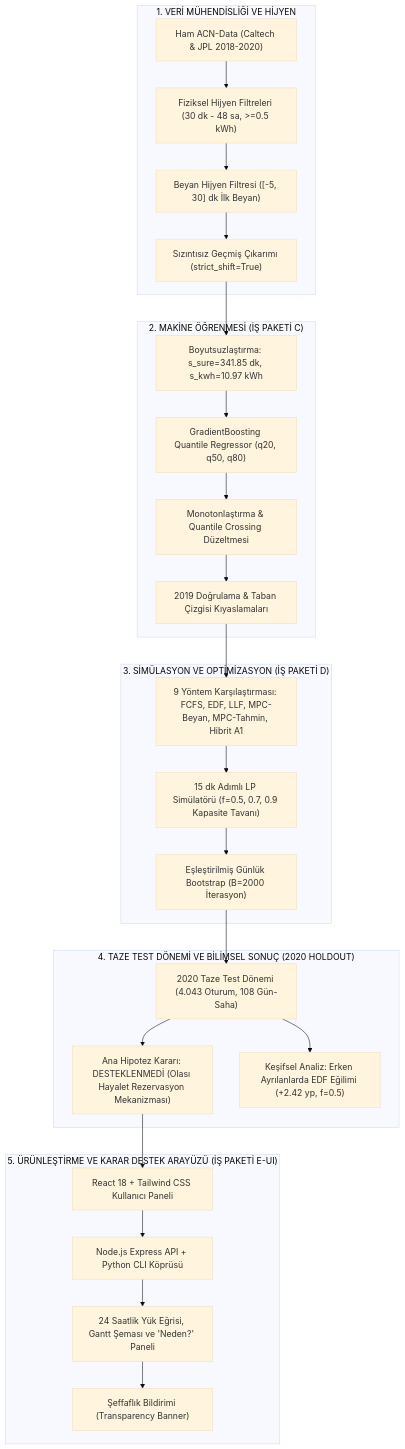
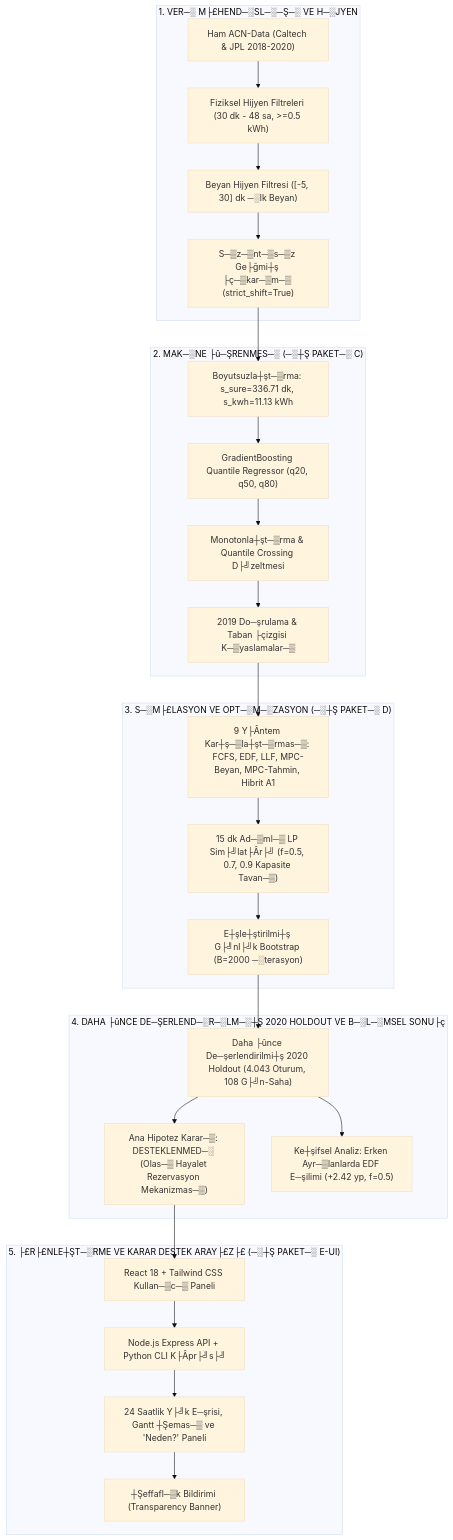
Before and after one commit to busrademirrr/sarjdenge-ai: the diagram in docs/PROJE_GENEL_FAALIYET_VE_SONUC_RAPORU.md, drawn with Mermaid (base theme). The commit also changed other lines of this file and 45 other files, not shown here.

````diff
--- a/docs/PROJE_GENEL_FAALIYET_VE_SONUC_RAPORU.md
+++ b/docs/PROJE_GENEL_FAALIYET_VE_SONUC_RAPORU.md
@@ -17,34 +21,34 @@
 ```mermaid
 flowchart TD
-    subgraph S1["1. VERİ MÜHENDİSLİĞİ VE HİJYEN"]
+    subgraph S1["1. VER─░ M├£HEND─░SL─░─Ş─░ VE H─░JYEN"]
         D1["Ham ACN-Data (Caltech & JPL 2018-2020)"] --> D2["Fiziksel Hijyen Filtreleri (30 dk - 48 sa, >=0.5 kWh)"]
-        D2 --> D3["Beyan Hijyen Filtresi ([-5, 30] dk İlk Beyan)"]
-        D3 --> D4["Sızıntısız Geçmiş Çıkarımı (strict_shift=True)"]
+        D2 --> D3["Beyan Hijyen Filtresi ([-5, 30] dk ─░lk Beyan)"]
+        D3 --> D4["S─▒z─▒nt─▒s─▒z Ge├ğmi┼ş ├ç─▒kar─▒m─▒ (strict_shift=True)"]
     end
 
-    subgraph S2["2. MAKİNE ÖĞRENMESİ (İŞ PAKETİ C)"]
-        D4 --> M1["Boyutsuzlaştırma: s_sure=341.85 dk, s_kwh=10.97 kWh"]
+    subgraph S2["2. MAK─░NE ├û─ŞRENMES─░ (─░┼Ş PAKET─░ C)"]
+        D4 --> M1["Boyutsuzla┼şt─▒rma: s_sure=336.71 dk, s_kwh=11.13 kWh"]
         M1 --> M2["GradientBoosting Quantile Regressor (q20, q50, q80)"]
-        M2 --> M3["Monotonlaştırma & Quantile Crossing Düzeltmesi"]
-        M3 --> M4["2019 Doğrulama & Taban Çizgisi Kıyaslamaları"]
+        M2 --> M3["Monotonla┼şt─▒rma & Quantile Crossing D├╝zeltmesi"]
+        M3 --> M4["2019 Do─şrulama & Taban ├çizgisi K─▒yaslamalar─▒"]
     end
 
-    subgraph S3["3. SİMÜLASYON VE OPTİMİZASYON (İŞ PAKETİ D)"]
-        M4 --> OP["9 Yöntem Karşılaştırması: FCFS, EDF, LLF, MPC-Beyan, MPC-Tahmin, Hibrit A1"]
-        OP --> SIM["15 dk Adımlı LP Simülatörü (f=0.5, 0.7, 0.9 Kapasite Tavanı)"]
-        SIM --> BT["Eşleştirilmiş Günlük Bootstrap (B=2000 İterasyon)"]
+    subgraph S3["3. S─░M├£LASYON VE OPT─░M─░ZASYON (─░┼Ş PAKET─░ D)"]
+        M4 --> OP["9 Y├Ântem Kar┼ş─▒la┼şt─▒rmas─▒: FCFS, EDF, LLF, MPC-Beyan, MPC-Tahmin, Hibrit A1"]
+        OP --> SIM["15 dk Ad─▒ml─▒ LP Sim├╝lat├Âr├╝ (f=0.5, 0.7, 0.9 Kapasite Tavan─▒)"]
+        SIM --> BT["E┼şle┼ştirilmi┼ş G├╝nl├╝k Bootstrap (B=2000 ─░terasyon)"]
     end
 
-    subgraph S4["4. TAZE TEST DÖNEMİ VE BİLİMSEL SONUÇ (2020 HOLDOUT)"]
-        BT --> HO["2020 Taze Test Dönemi (4.043 Oturum, 108 Gün-Saha)"]
-        HO --> RS["Ana Hipotez Kararı: DESTEKLENMEDİ (Olası Hayalet Rezervasyon Mekanizması)"]
-        HO --> SEC["Keşifsel Analiz: Erken Ayrılanlarda EDF Eğilimi (+2.42 yp, f=0.5)"]
+    subgraph S4["4. DAHA ├ûNCE DE─ŞERLEND─░R─░LM─░┼Ş 2020 HOLDOUT VE B─░L─░MSEL SONU├ç"]
+        BT --> HO["Daha ├ûnce De─şerlendirilmi┼ş 2020 Holdout (4.043 Oturum, 108 G├╝n-Saha)"]
+        HO --> RS["Ana Hipotez Karar─▒: DESTEKLENMED─░ (Olas─▒ Hayalet Rezervasyon Mekanizmas─▒)"]
+        HO --> SEC["Ke┼şifsel Analiz: Erken Ayr─▒lanlarda EDF E─şilimi (+2.42 yp, f=0.5)"]
     end
 
-    subgraph S5["5. ÜRÜNLEŞTİRME VE KARAR DESTEK ARAYÜZÜ (İŞ PAKETİ E-UI)"]
-        RS --> UI1["React 18 + Tailwind CSS Kullanıcı Paneli"]
-        UI1 --> UI2["Node.js Express API + Python CLI Köprüsü"]
-        UI2 --> UI3["24 Saatlik Yük Eğrisi, Gantt Şeması ve 'Neden?' Paneli"]
-        UI3 --> UI4["Şeffaflık Bildirimi (Transparency Banner)"]
+    subgraph S5["5. ├£R├£NLE┼ŞT─░RME VE KARAR DESTEK ARAY├£Z├£ (─░┼Ş PAKET─░ E-UI)"]
+        RS --> UI1["React 18 + Tailwind CSS Kullan─▒c─▒ Paneli"]
+        UI1 --> UI2["Node.js Express API + Python CLI K├Âpr├╝s├╝"]
+        UI2 --> UI3["24 Saatlik Y├╝k E─şrisi, Gantt ┼Şemas─▒ ve 'Neden?' Paneli"]
+        UI3 --> UI4["┼Şeffafl─▒k Bildirimi (Transparency Banner)"]
     end
 ```
````
